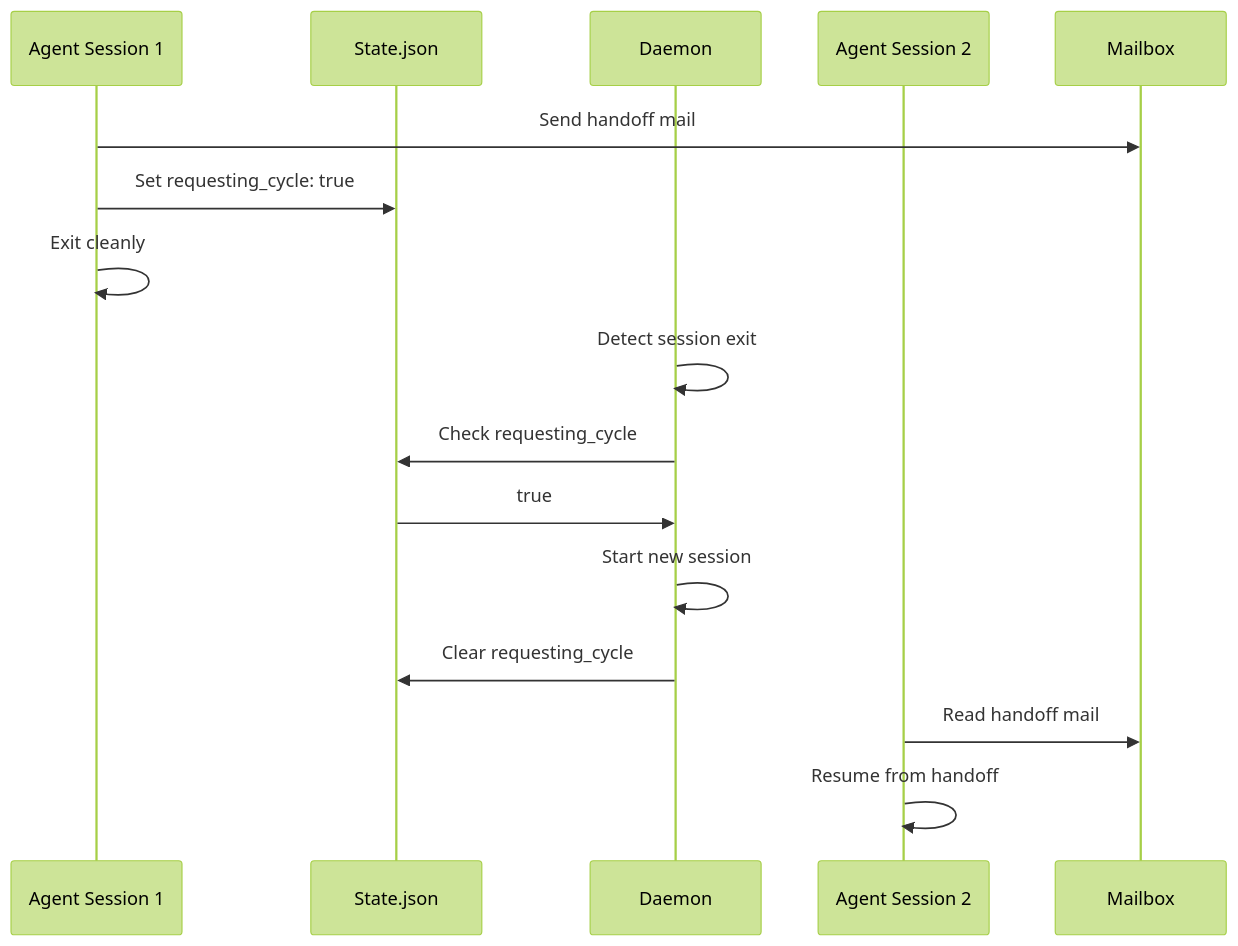
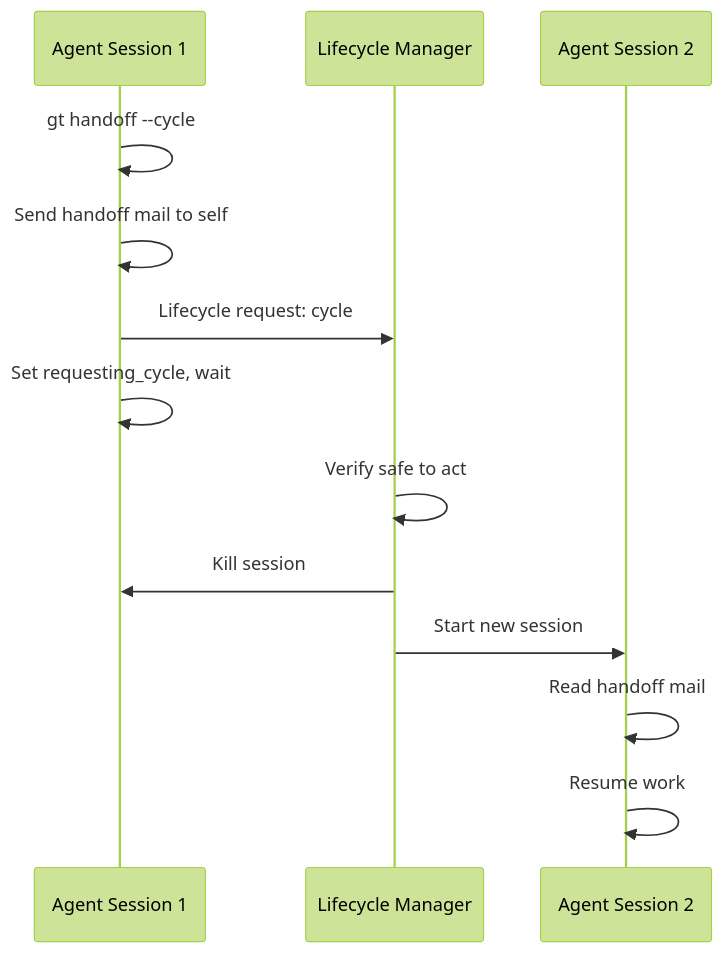
The tenth of 11 diagrams in docs/architecture.md (wsaults/gastown), drawn with Mermaid (forest theme) before and after one commit. The commit also changed other lines of this file and 1 other file, not shown here.

First line of the commit message:
docs: unify daemon and agent lifecycle protocol

````diff
--- a/docs/architecture.md
+++ b/docs/architecture.md
@@ -770,19 +796,17 @@
 ```mermaid
 sequenceDiagram
     participant A1 as Agent Session 1
-    participant S as State.json
-    participant D as Daemon
+    participant M as Lifecycle Manager
     participant A2 as Agent Session 2
-    participant MB as Mailbox
 
-    A1->>MB: Send handoff mail
-    A1->>S: Set requesting_cycle: true
-    A1->>A1: Exit cleanly
-    D->>D: Detect session exit
-    D->>S: Check requesting_cycle
-    S->>D: true
-    D->>D: Start new session
-    D->>S: Clear requesting_cycle
-    A2->>MB: Read handoff mail
-    A2->>A2: Resume from handoff
+    A1->>A1: gt handoff --cycle
+    A1->>A1: Send handoff mail to self
+    A1->>M: Lifecycle request: cycle
+    A1->>A1: Set requesting_cycle, wait
+
+    M->>M: Verify safe to act
+    M->>A1: Kill session
+    M->>A2: Start new session
+    A2->>A2: Read handoff mail
+    A2->>A2: Resume work
 ```
````
